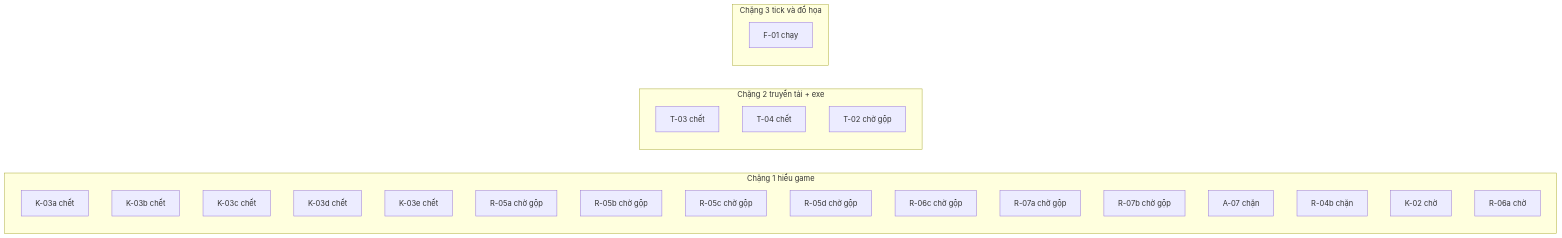
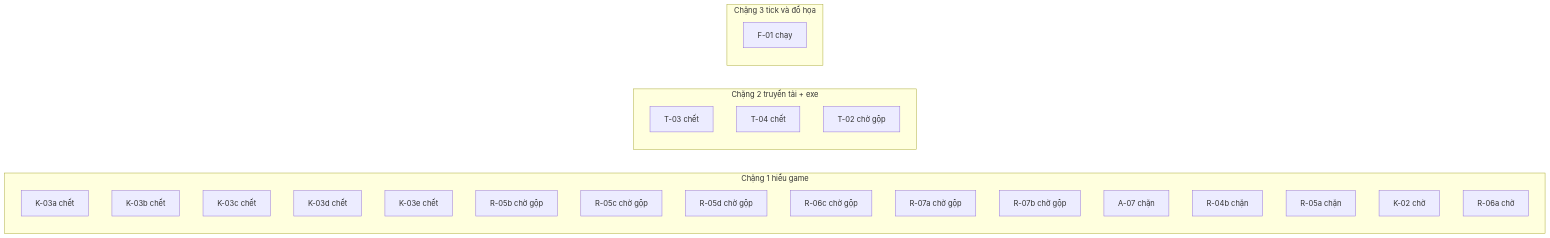
The diagram in JX1_OPS/STATE/TIEN-DO.md (ndtangoss-dev/jx1-reports), drawn with Mermaid before and after one commit. The commit also changed other lines of this file and 3 other files, not shown here.

````diff
--- a/JX1_OPS/STATE/TIEN-DO.md
+++ b/JX1_OPS/STATE/TIEN-DO.md
@@ -9,29 +9,29 @@
 ```mermaid
 flowchart LR
   subgraph S1["Chặng 1 hiểu game"]
     K_03a["K-03a chết"]
     K_03b["K-03b chết"]
     K_03c["K-03c chết"]
     K_03d["K-03d chết"]
     K_03e["K-03e chết"]
-    R_05a["R-05a chờ gộp"]
     R_05b["R-05b chờ gộp"]
     R_05c["R-05c chờ gộp"]
     R_05d["R-05d chờ gộp"]
     R_06c["R-06c chờ gộp"]
     R_07a["R-07a chờ gộp"]
     R_07b["R-07b chờ gộp"]
     A_07["A-07 chặn"]
     R_04b["R-04b chặn"]
+    R_05a["R-05a chặn"]
     K_02["K-02 chờ"]
     R_06a["R-06a chờ"]
   end
   subgraph S2["Chặng 2 truyền tải + exe"]
     T_03["T-03 chết"]
     T_04["T-04 chết"]
     T_02["T-02 chờ gộp"]
   end
   subgraph S3["Chặng 3 tick và đồ họa"]
     F_01["F-01 chạy"]
   end
 ```
````
